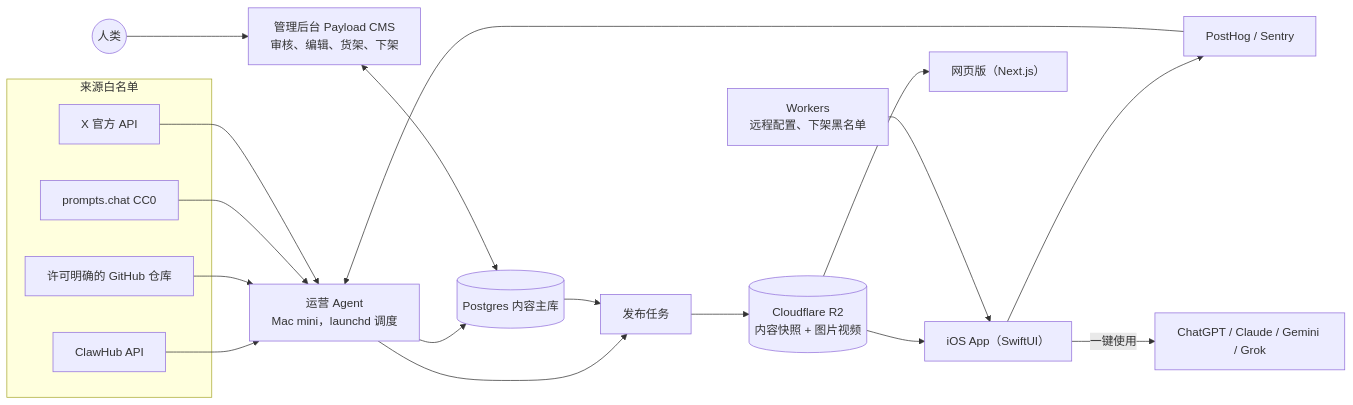
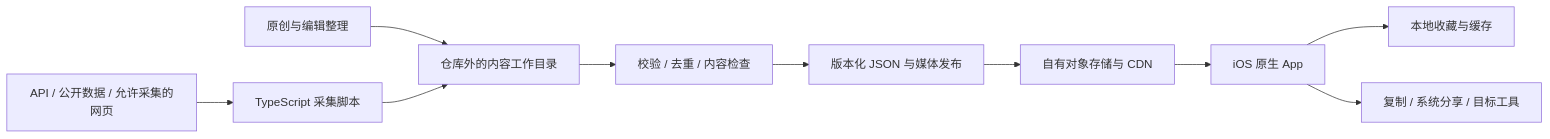
One commit to p697/prompix changed the diagram in docs/tech-plan.md. Above: the diagram before and after it, drawn with Mermaid. The commit also changed other lines of this file and 11 other files, not shown here.

````diff
--- a/docs/tech-plan.md
+++ b/docs/tech-plan.md
@@ -16,25 +14,12 @@
 ```mermaid
 flowchart LR
-  subgraph 来源白名单
-    S1[ClawHub API]
-    S2[许可明确的 GitHub 仓库]
-    S3[prompts.chat CC0]
-    S4[X 官方 API]
-  end
-  S1 --> AG
-  S2 --> AG
-  S3 --> AG
-  S4 --> AG
-  AG[运营 Agent<br/>Mac mini，launchd 调度] --> DB[(Postgres 内容主库)]
-  ADMIN[管理后台 Payload CMS<br/>审核、编辑、货架、下架] <--> DB
-  HUMAN((人类)) --> ADMIN
-  AG --> PUB[发布任务]
-  DB --> PUB
-  PUB --> R2[(Cloudflare R2<br/>内容快照 + 图片视频)]
-  R2 --> IOS[iOS App（SwiftUI）]
-  R2 --> WEB[网页版（Next.js）]
-  CFG[Workers<br/>远程配置、下架黑名单] --> IOS
-  IOS --> MON[PostHog / Sentry]
-  MON --> AG
-  IOS -->|一键使用| AI[ChatGPT / Claude / Gemini / Grok]
+  SOURCE[API / 公开数据 / 允许采集的网页] --> INGEST[TypeScript 采集脚本]
+  ORIGINAL[原创与编辑整理] --> DRAFT[仓库外的内容工作目录]
+  INGEST --> DRAFT
+  DRAFT --> CHECK[校验 / 去重 / 内容检查]
+  CHECK --> RELEASE[版本化 JSON 与媒体发布]
+  RELEASE --> CDN[自有对象存储与 CDN]
+  CDN --> IOS[iOS 原生 App]
+  IOS --> LOCAL[本地收藏与缓存]
+  IOS --> TOOLS[复制 / 系统分享 / 目标工具]
 ```
````
